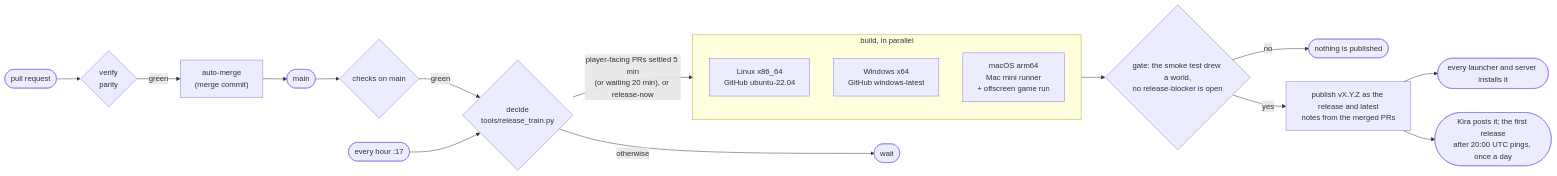
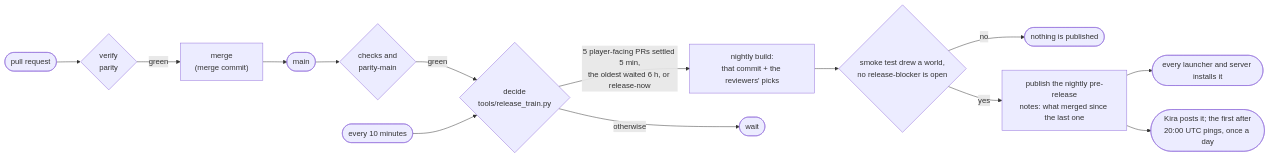
The diagram in docs/release-flow.md (0CYBER/horizon-free), drawn with Mermaid before and after one commit. The commit also changed other lines of this file and 7 other files, not shown here.

````diff
--- a/docs/release-flow.md
+++ b/docs/release-flow.md
@@ -194,21 +197,16 @@
 ```mermaid
 flowchart LR
     pr(["pull request"]) --> checks{"verify<br/>parity"}
-    checks -- green --> automerge["auto-merge<br/>(merge commit)"]
-    automerge --> main(["main"])
-    main --> mainchecks{"checks on main"}
+    checks -- green --> merge["merge<br/>(merge commit)"]
+    merge --> main(["main"])
+    main --> mainchecks{"checks and<br/>parity-main"}
     mainchecks -- green --> decide{"decide<br/>tools/release_train.py"}
-    cron(["every hour :17"]) --> decide
-    decide -- "player-facing PRs settled 5 min<br/>(or waiting 20 min), or release-now" --> build
+    cron(["every 10 minutes"]) --> decide
+    decide -- "5 player-facing PRs settled 5 min,<br/>the oldest waited 6 h, or release-now" --> nightly["nightly build:<br/>that commit + the reviewers' picks"]
     decide -- otherwise --> wait(["wait"])
-    subgraph build["build, in parallel"]
-        linux["Linux x86_64<br/>GitHub ubuntu-22.04"]
-        windows["Windows x64<br/>GitHub windows-latest"]
-        mac["macOS arm64<br/>Mac mini runner<br/>+ offscreen game run"]
-    end
-    build --> gate{"gate: the smoke test drew a world,<br/>no release-blocker is open"}
+    nightly --> gate{"smoke test drew a world,<br/>no release-blocker is open"}
     gate -- no --> nothing(["nothing is published"])
-    gate -- yes --> publish["publish vX.Y.Z as the release and latest<br/>notes from the merged PRs"]
+    gate -- yes --> publish["publish the nightly pre-release<br/>notes: what merged since the last one"]
     publish --> launcher(["every launcher and server installs it"])
-    publish --> kira(["Kira posts it; the first release<br/>after 20:00 UTC pings, once a day"])
+    publish --> kira(["Kira posts it; the first after<br/>20:00 UTC pings, once a day"])
 ```
````
